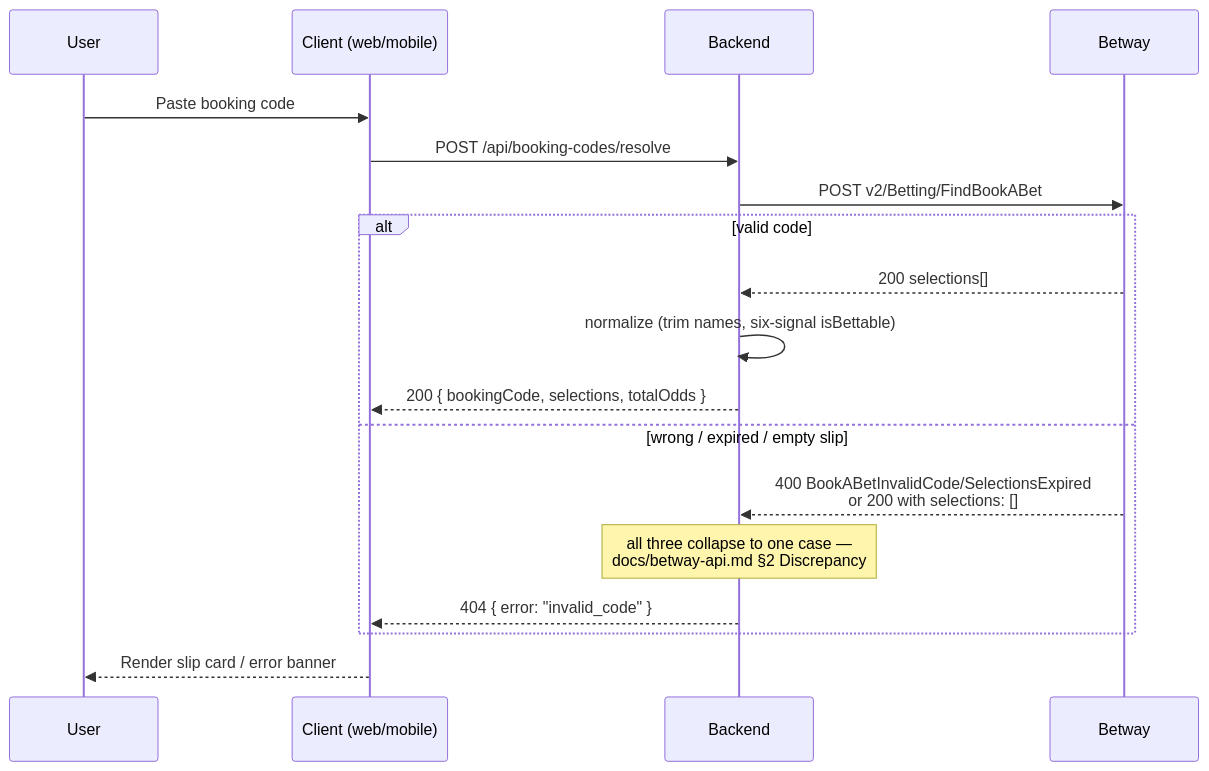
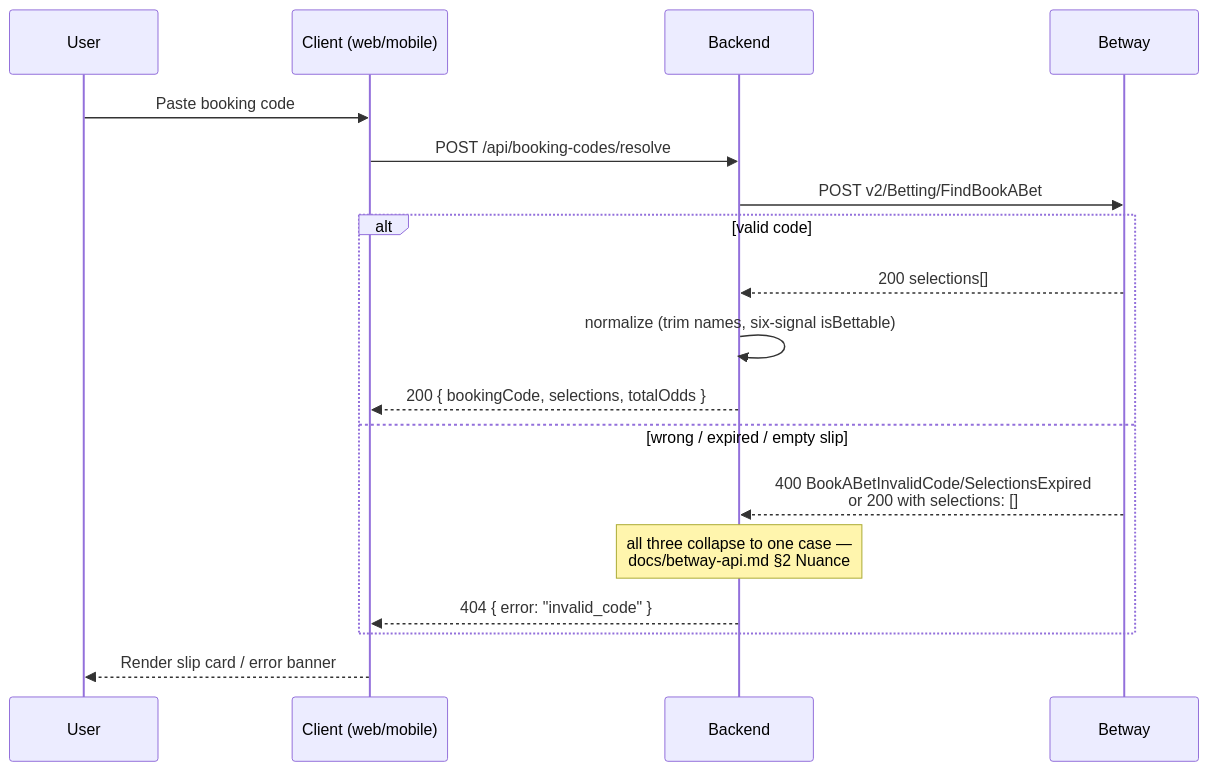
The second of 4 diagrams in docs/architecture.md (Slipcheck-Demo/backend), drawn with Mermaid before and after one commit. The commit also changed 3 other files, not shown here.

````diff
--- a/docs/architecture.md
+++ b/docs/architecture.md
@@ -37,21 +37,21 @@
 ```mermaid
 sequenceDiagram
     participant U as User
     participant C as Client (web/mobile)
     participant B as Backend
     participant BW as Betway
 
     U->>C: Paste booking code
     C->>B: POST /api/booking-codes/resolve
     B->>BW: POST v2/Betting/FindBookABet
     alt valid code
         BW-->>B: 200 selections[]
         B->>B: normalize (trim names, six-signal isBettable)
         B-->>C: 200 { bookingCode, selections, totalOdds }
     else wrong / expired / empty slip
         BW-->>B: 400 BookABetInvalidCode/SelectionsExpired<br/>or 200 with selections: []
-        Note over B: all three collapse to one case —<br/>docs/betway-api.md §2 Discrepancy #2
+        Note over B: all three collapse to one case —<br/>docs/betway-api.md §2 Nuance #2
         B-->>C: 404 { error: "invalid_code" }
     end
     C-->>U: Render slip card / error banner
 ```
````
